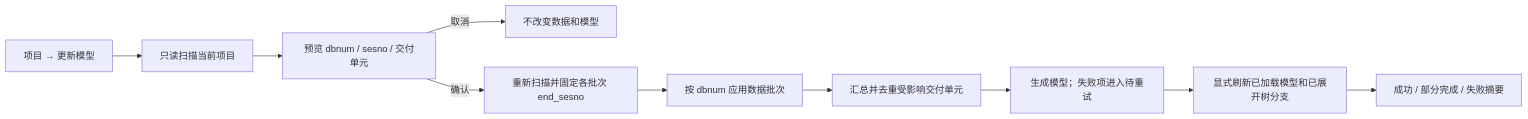
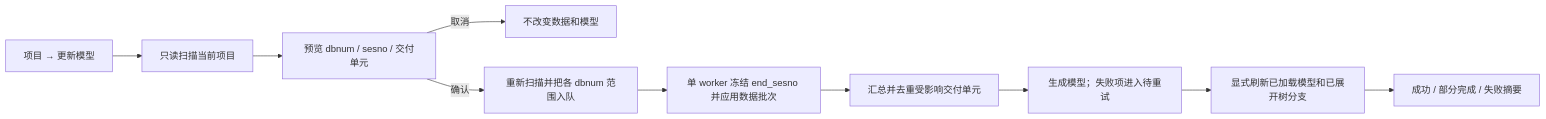
Before and after one commit to happyrust/gen-model: the diagram in docs/specs/manual-model-update.md, drawn with Mermaid. The commit also changed other lines of this file and 278 other files, not shown here.

````diff
--- a/docs/specs/manual-model-update.md
+++ b/docs/specs/manual-model-update.md
@@ -58,12 +53,12 @@
 ```mermaid
 flowchart LR
     A["项目 → 更新模型"] --> B["只读扫描当前项目"]
     B --> C["预览 dbnum / sesno / 交付单元"]
     C -->|取消| Z["不改变数据和模型"]
-    C -->|确认| D["重新扫描并固定各批次 end_sesno"]
-    D --> E["按 dbnum 应用数据批次"]
+    C -->|确认| D["重新扫描并把各 dbnum 范围入队"]
+    D --> E["单 worker 冻结 end_sesno 并应用数据批次"]
     E --> F["汇总并去重受影响交付单元"]
     F --> G["生成模型；失败项进入待重试"]
     G --> H["显式刷新已加载模型和已展开树分支"]
     H --> I["成功 / 部分完成 / 失败摘要"]
 ```
````
